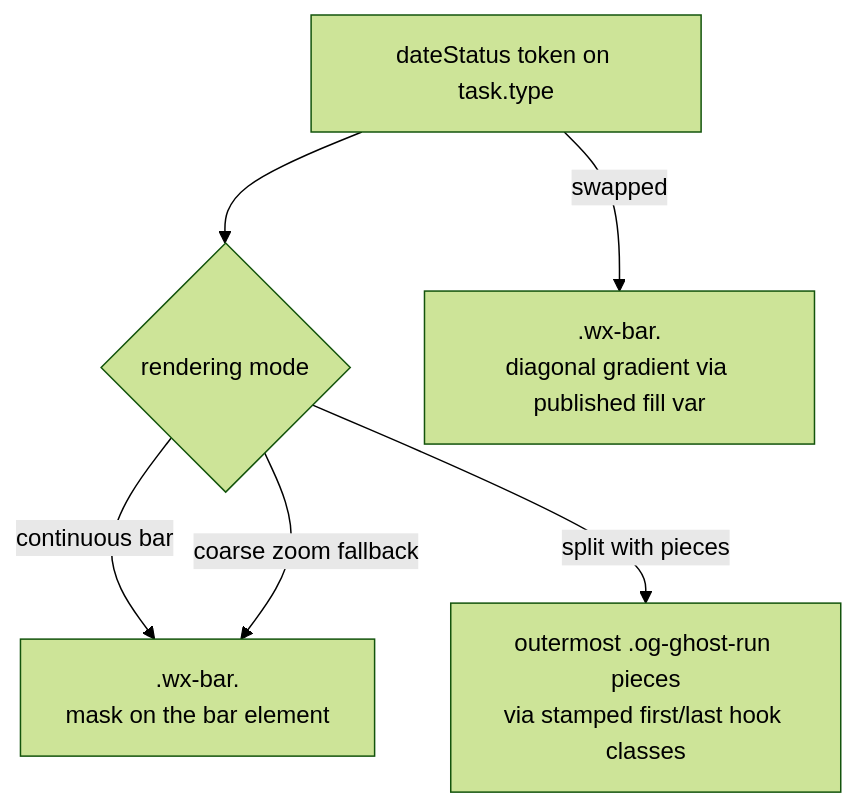
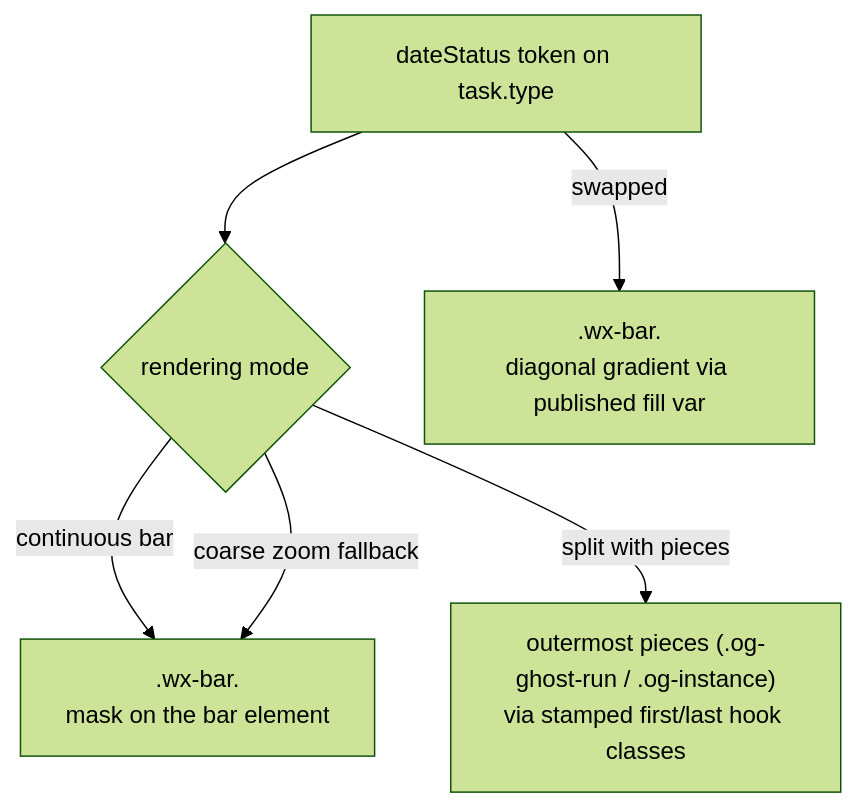
Before and after one commit to renatomen/tasknotes-gantt: the second of 2 diagrams in docs/plans/2026-08-09-001-feat-missing-date-zigzag-semantics-plan.md, drawn with Mermaid (forest theme). The commit also changed other lines of this file, not shown here.

````diff
--- a/docs/plans/2026-08-09-001-feat-missing-date-zigzag-semantics-plan.md
+++ b/docs/plans/2026-08-09-001-feat-missing-date-zigzag-semantics-plan.md
@@ -159,8 +159,8 @@
 ```mermaid
 flowchart TB
   T["dateStatus token on task.type"] --> C{"rendering mode"}
   C -->|continuous bar| B[".wx-bar.<zz-token>\nmask on the bar element"]
-  C -->|split with pieces| P["outermost .og-ghost-run pieces\nvia stamped first/last hook classes"]
+  C -->|split with pieces| P["outermost pieces (.og-ghost-run / .og-instance)\nvia stamped first/last hook classes"]
   C -->|coarse zoom fallback| B
   T -->|swapped| S[".wx-bar.<swapped-token>\ndiagonal gradient via published fill var"]
 ```
````
